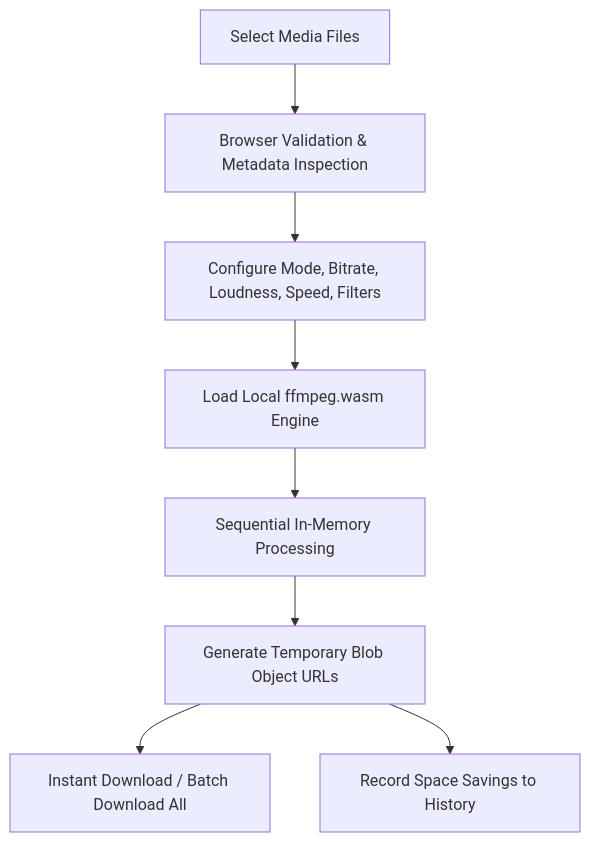
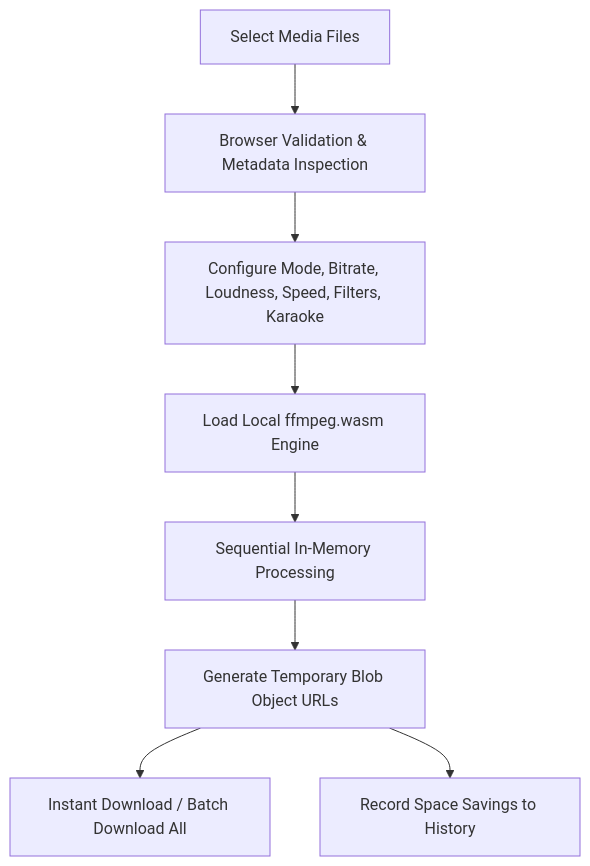
Before and after one commit to Sorairei/beetales-converter: the second of 2 diagrams in README.md, drawn with Mermaid. The commit also changed other lines of this file, not shown here.

````diff
--- a/README.md
+++ b/README.md
@@ -168,10 +188,10 @@
 ```mermaid
 flowchart TD
     A[Select Media Files] --> B[Browser Validation & Metadata Inspection]
-    B --> C[Configure Mode, Bitrate, Loudness, Speed, Filters]
+    B --> C[Configure Mode, Bitrate, Loudness, Speed, Filters, Karaoke]
     C --> D[Load Local ffmpeg.wasm Engine]
     D --> E[Sequential In-Memory Processing]
     E --> F[Generate Temporary Blob Object URLs]
     F --> G[Instant Download / Batch Download All]
     F --> H[Record Space Savings to History]
 ```
````
